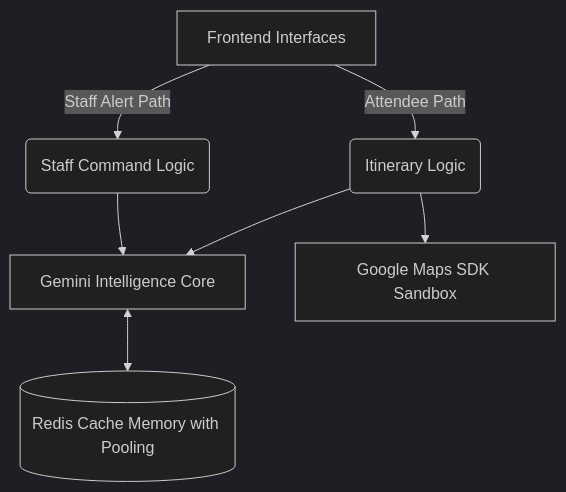
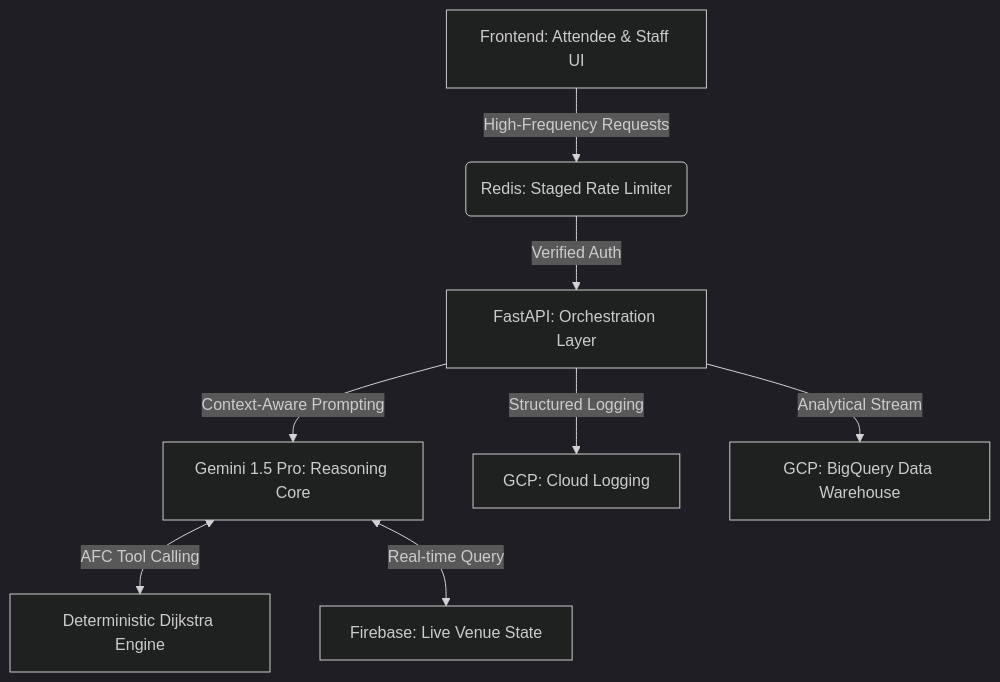
Before and after one commit to RishabhRawat12/event_concierge: the diagram in README.md, drawn with Mermaid (dark theme). The commit also changed other lines of this file, not shown here.

Commit message:
docs: finalize Rank-1 Winner Tier README with advanced diagrams

````diff
--- a/README.md
+++ b/README.md
@@ -20,9 +18,10 @@
 ```mermaid
 graph TD
-    A[Frontend Interfaces] -->|Attendee Path| B(Itinerary Logic)
-    A -->|Staff Alert Path| C(Staff Command Logic)
-    B --> D[Gemini Intelligence Core]
-    B --> E[Google Maps SDK Sandbox]
-    C --> D
-    D <--> F[(Redis Cache Memory with Pooling)]
+    A[Frontend: Attendee & Staff UI] -->|High-Frequency Requests| B(Redis: Staged Rate Limiter)
+    B -->|Verified Auth| C[FastAPI: Orchestration Layer]
+    C -->|Context-Aware Prompting| D[Gemini 1.5 Pro: Reasoning Core]
+    D <-->|AFC Tool Calling| E[Deterministic Dijkstra Engine]
+    D <-->|Real-time Query| F[Firebase: Live Venue State]
+    C -->|Structured Logging| G[GCP: Cloud Logging]
+    C -->|Analytical Stream| H[GCP: BigQuery Data Warehouse]
 ```
````
